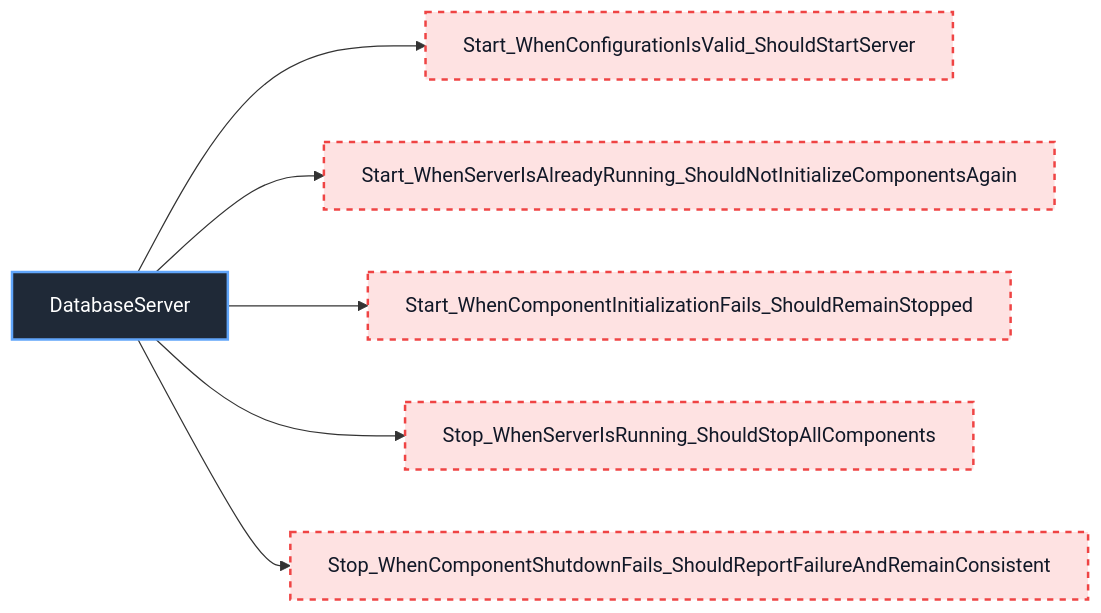
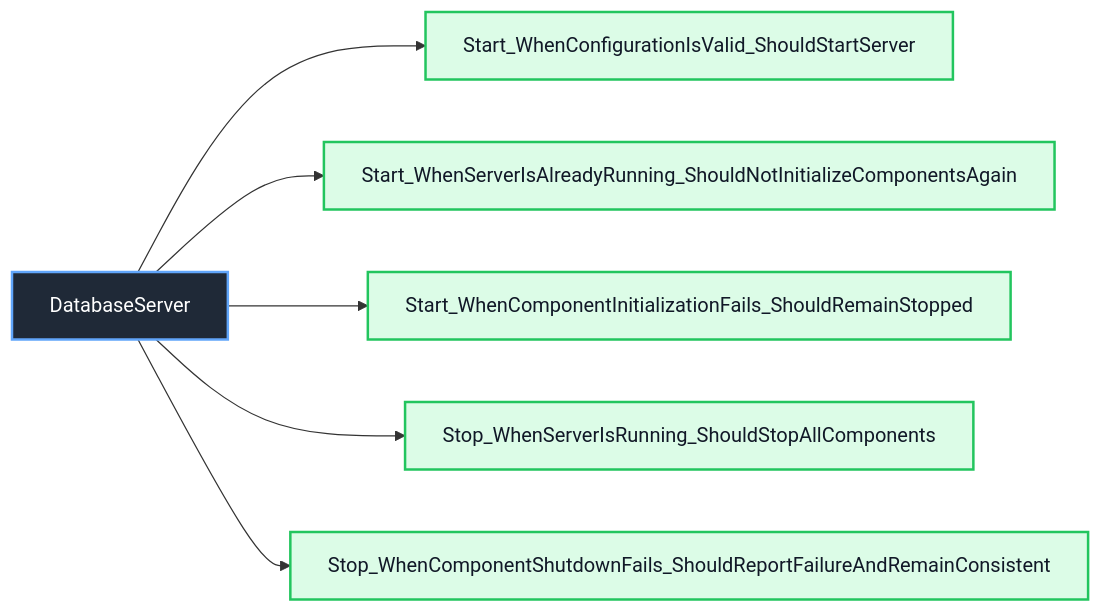
One commit to manaxpow/DBMS changed diagram 11 of 29 in docs/unit-test/README.md. Above: the diagram before and after it, drawn with Mermaid. The commit also changed other lines of this file and 19 other files, not shown here.

````diff
--- a/docs/unit-test/README.md
+++ b/docs/unit-test/README.md
@@ -253,17 +253,17 @@
 ```mermaid
 flowchart LR
     Class_DatabaseServer["DatabaseServer"]
 
     Class_DatabaseServer --> SRV_001["Start_WhenConfigurationIsValid_ShouldStartServer"]
     Class_DatabaseServer --> SRV_002["Start_WhenServerIsAlreadyRunning_ShouldNotInitializeComponentsAgain"]
     Class_DatabaseServer --> SRV_003["Start_WhenComponentInitializationFails_ShouldRemainStopped"]
     Class_DatabaseServer --> SRV_004["Stop_WhenServerIsRunning_ShouldStopAllComponents"]
     Class_DatabaseServer --> SRV_005["Stop_WhenComponentShutdownFails_ShouldReportFailureAndRemainConsistent"]
 
     classDef classNode fill:#1f2937,stroke:#60a5fa,color:#ffffff,stroke-width:2px
     classDef completedTest fill:#dcfce7,stroke:#22c55e,color:#111827,stroke-width:2px
     classDef missingTest fill:#fee2e2,stroke:#ef4444,color:#111827,stroke-width:2px,stroke-dasharray: 5 5
 
     class Class_DatabaseServer classNode
-    class SRV_001,SRV_002,SRV_003,SRV_004,SRV_005 missingTest
+    class SRV_001,SRV_002,SRV_003,SRV_004,SRV_005 completedTest
 ```
````
